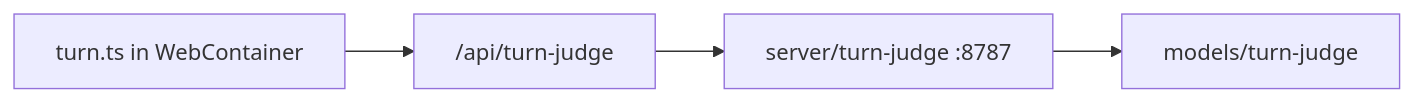
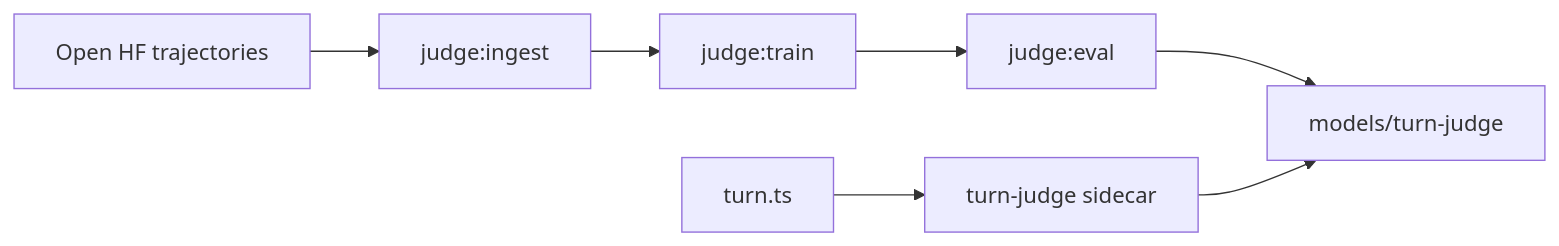
The diagram in docs/turn-judge.md (nikola66/web-agent), drawn with Mermaid before and after one commit. The commit also changed other lines of this file and 36 other files, not shown here.

First line of the commit message:
release: v1.0.1 — multilingual docs, turn-judge pipeline, chart polish

````diff
--- a/docs/turn-judge.md
+++ b/docs/turn-judge.md
@@ -11,8 +12,13 @@
 ```mermaid
 flowchart LR
-  AgentRuntime["turn.ts in WebContainer"]
-  ViteProxy["/api/turn-judge"]
-  JudgeSidecar["server/turn-judge :8787"]
+  HF["Open HF trajectories"]
+  Ingest["judge:ingest"]
+  Train["judge:train"]
+  Eval["judge:eval"]
   ONNX["models/turn-judge"]
-  AgentRuntime --> ViteProxy --> JudgeSidecar --> ONNX
+  AgentRuntime["turn.ts"]
+  JudgeSidecar["turn-judge sidecar"]
+  HF --> Ingest --> Train --> Eval
+  Eval --> ONNX
+  AgentRuntime --> JudgeSidecar --> ONNX
 ```
````
